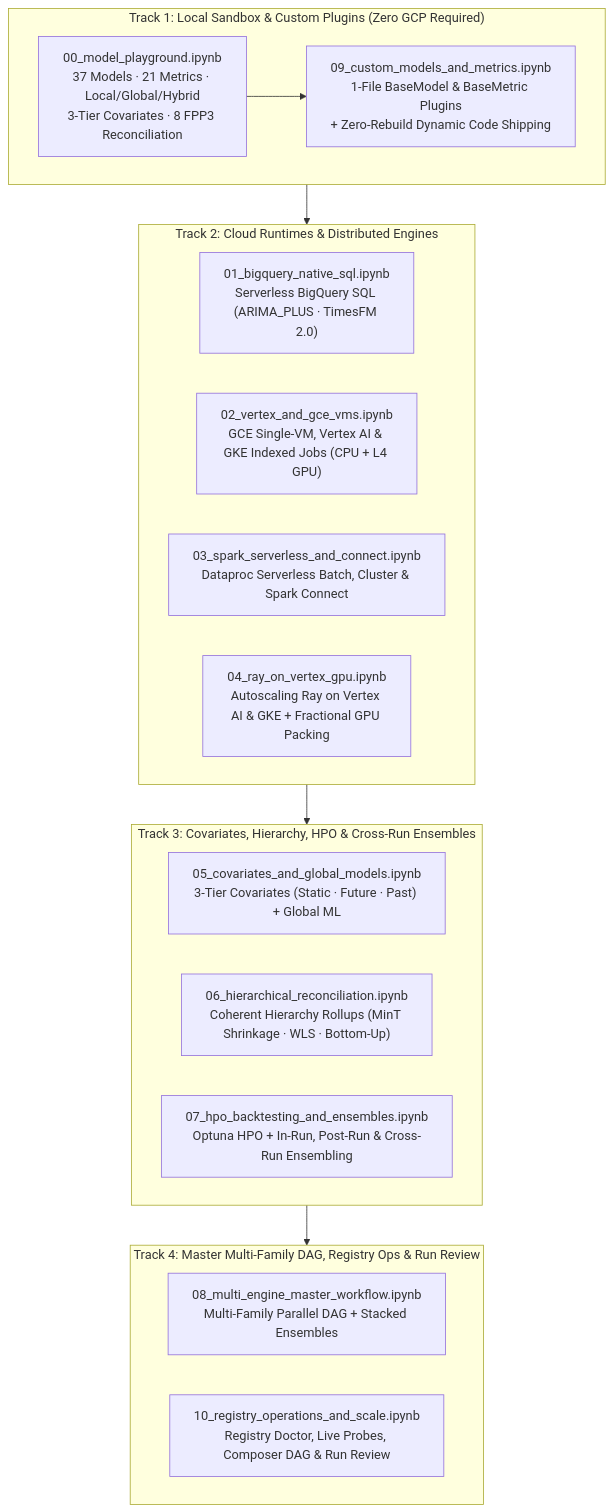
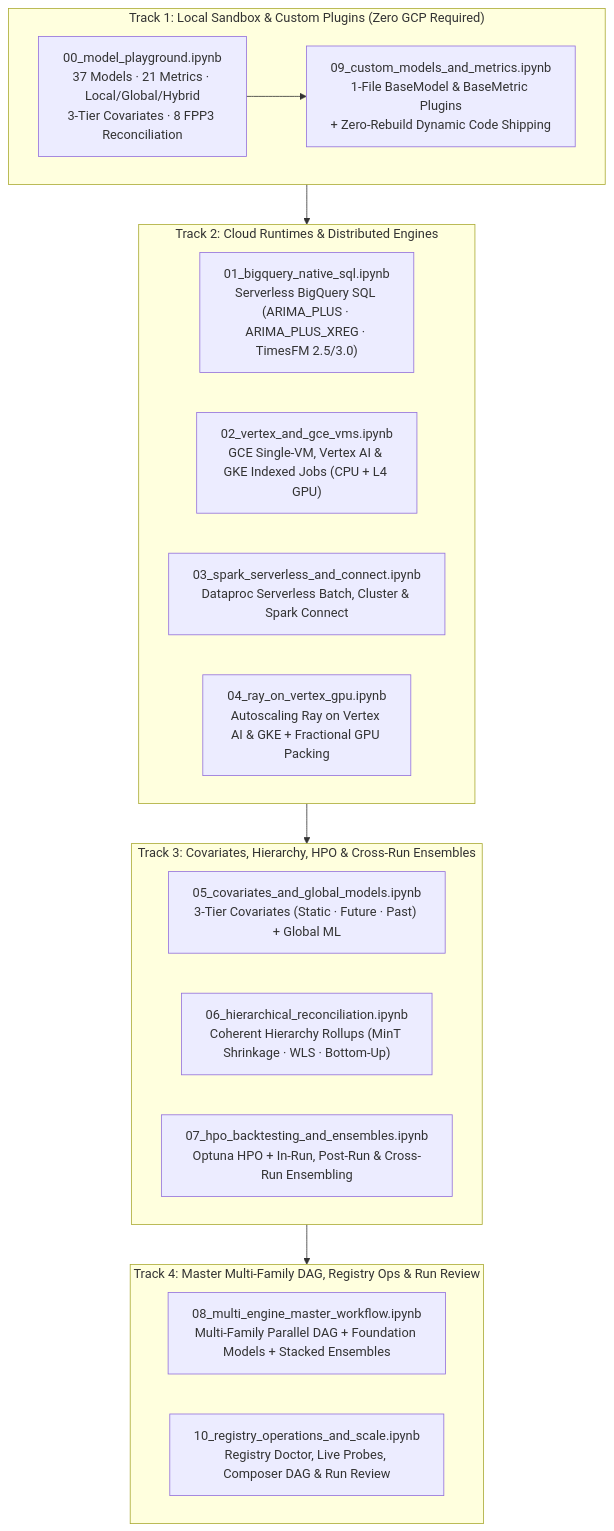
Before and after one commit to statmike/scale-forecasting: the diagram in notebooks/README.md, drawn with Mermaid. The commit also changed other lines of this file and 29 other files, not shown here.

````diff
--- a/notebooks/README.md
+++ b/notebooks/README.md
@@ -8,28 +8,28 @@
 ```mermaid
 flowchart TD
     subgraph Track1["Track 1: Local Sandbox & Custom Plugins (Zero GCP Required)"]
         NB00["00_model_playground.ipynb<br/>37 Models · 21 Metrics · Local/Global/Hybrid<br/>3-Tier Covariates · 8 FPP3 Reconciliation"]
         NB09["09_custom_models_and_metrics.ipynb<br/>1-File BaseModel & BaseMetric Plugins<br/>+ Zero-Rebuild Dynamic Code Shipping"]
     end
 
     subgraph Track2["Track 2: Cloud Runtimes & Distributed Engines"]
-        NB01["01_bigquery_native_sql.ipynb<br/>Serverless BigQuery SQL (ARIMA_PLUS · TimesFM 2.0)"]
+        NB01["01_bigquery_native_sql.ipynb<br/>Serverless BigQuery SQL (ARIMA_PLUS · ARIMA_PLUS_XREG · TimesFM 2.5/3.0)"]
         NB02["02_vertex_and_gce_vms.ipynb<br/>GCE Single-VM, Vertex AI & GKE Indexed Jobs (CPU + L4 GPU)"]
         NB03["03_spark_serverless_and_connect.ipynb<br/>Dataproc Serverless Batch, Cluster & Spark Connect"]
         NB04["04_ray_on_vertex_gpu.ipynb<br/>Autoscaling Ray on Vertex AI & GKE + Fractional GPU Packing"]
     end
 
     subgraph Track3["Track 3: Covariates, Hierarchy, HPO & Cross-Run Ensembles"]
         NB05["05_covariates_and_global_models.ipynb<br/>3-Tier Covariates (Static · Future · Past) + Global ML"]
         NB06["06_hierarchical_reconciliation.ipynb<br/>Coherent Hierarchy Rollups (MinT Shrinkage · WLS · Bottom-Up)"]
         NB07["07_hpo_backtesting_and_ensembles.ipynb<br/>Optuna HPO + In-Run, Post-Run & Cross-Run Ensembling"]
     end
 
     subgraph Track4["Track 4: Master Multi-Family DAG, Registry Ops & Run Review"]
-        NB08["08_multi_engine_master_workflow.ipynb<br/>Multi-Family Parallel DAG + Stacked Ensembles"]
+        NB08["08_multi_engine_master_workflow.ipynb<br/>Multi-Family Parallel DAG + Foundation Models + Stacked Ensembles"]
         NB10["10_registry_operations_and_scale.ipynb<br/>Registry Doctor, Live Probes, Composer DAG & Run Review"]
     end
 
     NB00 --> NB09
     Track1 --> Track2 --> Track3 --> Track4
 ```
````
